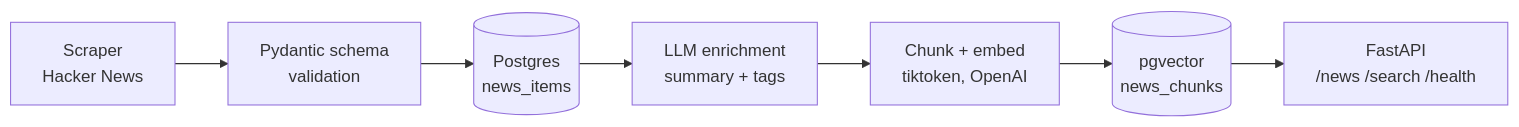
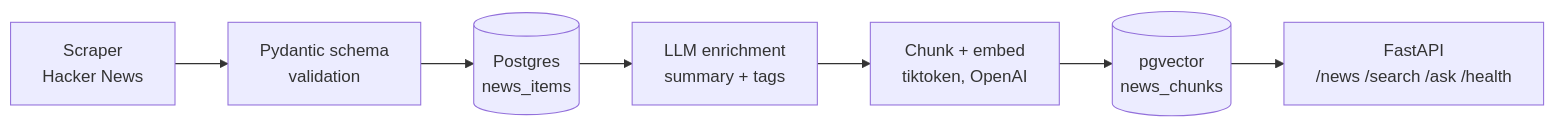
One commit to abhiwalia33/Semantic-news-pipeline changed the diagram in README.md. Above: the diagram before and after it, drawn with Mermaid. The commit also changed other lines of this file and 8 other files, not shown here.

````diff
--- a/README.md
+++ b/README.md
@@ -20,9 +20,9 @@
 ```mermaid
 flowchart LR
     A[Scraper<br/>Hacker News] --> B[Pydantic schema<br/>validation]
     B --> C[(Postgres<br/>news_items)]
     C --> D[LLM enrichment<br/>summary + tags]
     D --> E[Chunk + embed<br/>tiktoken, OpenAI]
     E --> F[(pgvector<br/>news_chunks)]
-    F --> G[FastAPI<br/>/news /search /health]
+    F --> G[FastAPI<br/>/news /search /ask /health]
 ```
````
